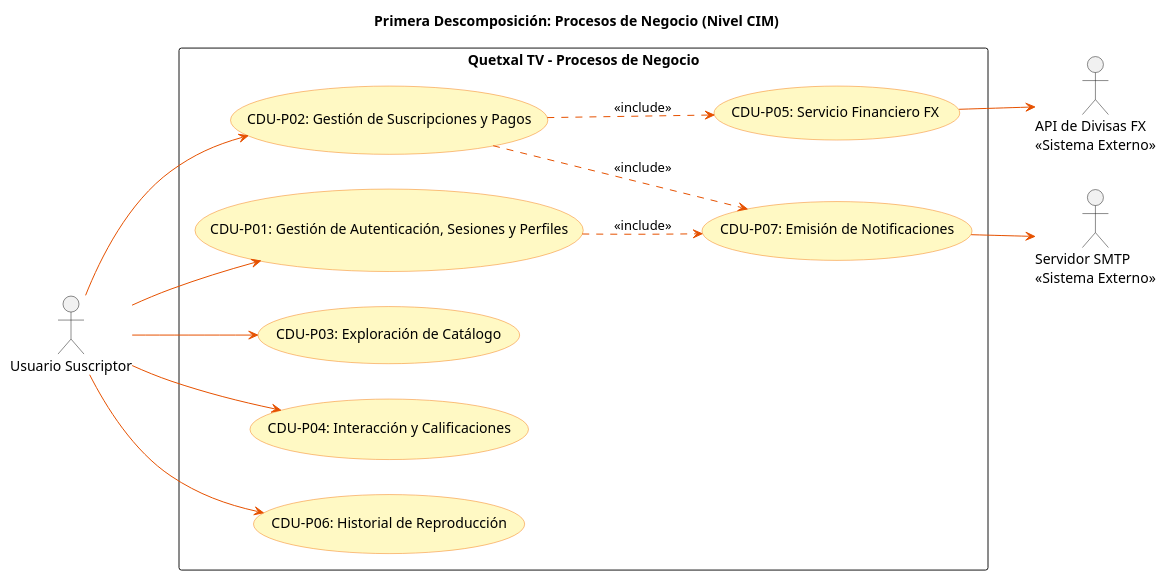
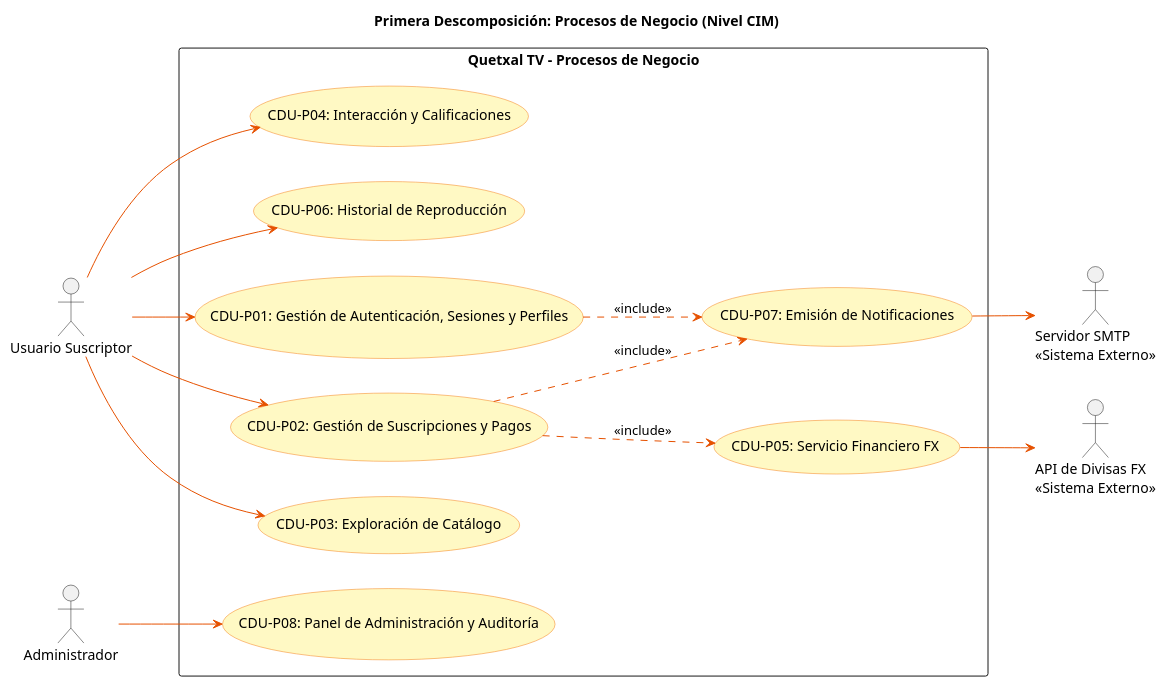
One commit to DMoises/-SA_PROYECTO_G4 changed the diagram in docs/temp/diagrams/cun/primeradescomposición.puml. Above: the diagram before and after it, drawn with PlantUML. The commit also changed 1 other file, not shown here.

```diff
--- a/docs/temp/diagrams/cun/primeradescomposición.puml
+++ b/docs/temp/diagrams/cun/primeradescomposición.puml
@@ -1,36 +1,39 @@
 @startuml
 left to right direction
 skinparam packageStyle rectangle
 skinparam usecase {
     BackgroundColor #FFF9C4
     BorderColor #F57F17
     ArrowColor #E65100
 }
 title Primera Descomposición: Procesos de Negocio (Nivel CIM)
 
 actor "Usuario Suscriptor" as user
+actor "Administrador" as admin
 actor "API de Divisas FX\n<<Sistema Externo>>" as fx
 actor "Servidor SMTP\n<<Sistema Externo>>" as smtp
 
 package "Quetxal TV - Procesos de Negocio" {
     usecase "CDU-P01: Gestión de Autenticación, Sesiones y Perfiles" as p1
     usecase "CDU-P02: Gestión de Suscripciones y Pagos" as p2
     usecase "CDU-P03: Exploración de Catálogo" as p3
     usecase "CDU-P04: Interacción y Calificaciones" as p4
     usecase "CDU-P05: Servicio Financiero FX" as p5
     usecase "CDU-P06: Historial de Reproducción" as p6
     usecase "CDU-P07: Emisión de Notificaciones" as p7
+    usecase "CDU-P08: Panel de Administración y Auditoría" as p8
 }
 
 user --> p1
 user --> p2
 user --> p3
 user --> p4
 user --> p6
+admin --> p8
 
 p2 ..> p5 : <<include>>
 p5 --> fx
 p1 ..> p7 : <<include>>
 p2 ..> p7 : <<include>>
 p7 --> smtp
 @enduml
```
